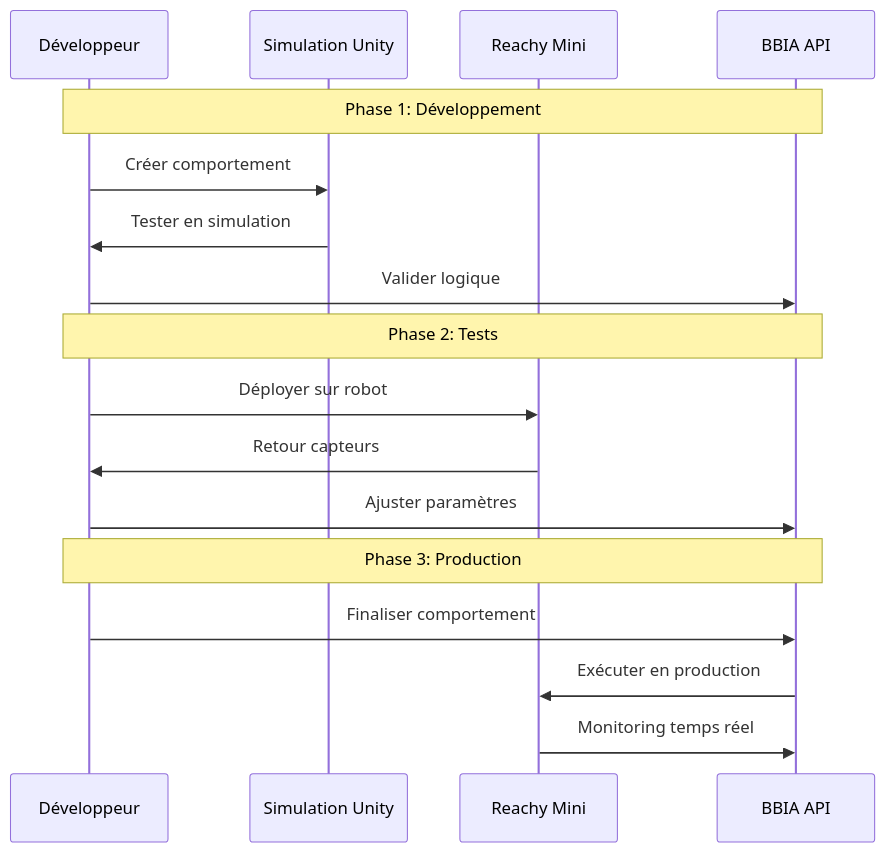
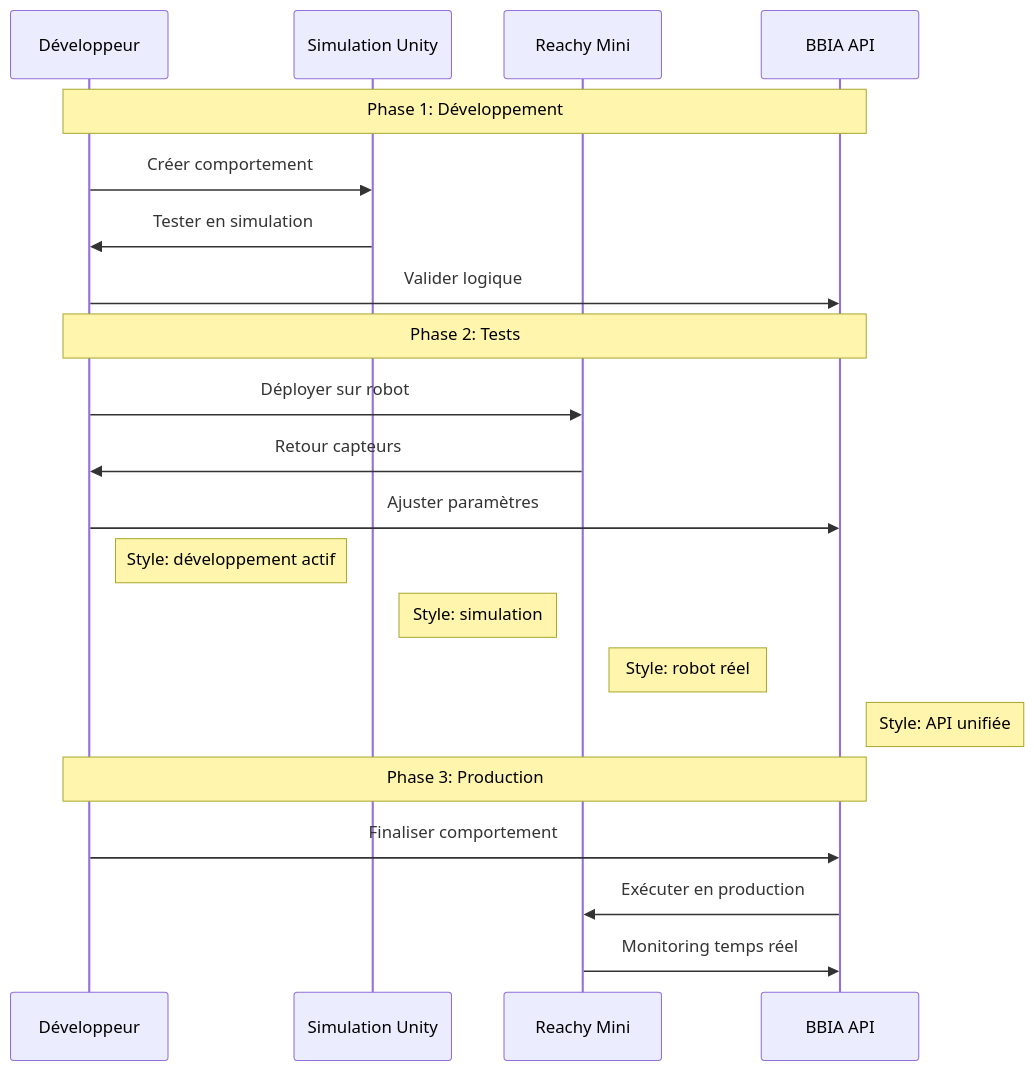
The fifth of 5 diagrams in docs/guides/REACHY_MINI_WIRELESS_COMPLETE_GUIDE.md (arkalia-luna-system/bbia-sim), drawn with Mermaid before and after one commit. The commit also changed other lines of this file and 27 other files, not shown here.

First line of the commit message:
fix: correction liens brisés + amélioration schémas Mermaid

````diff
--- a/docs/guides/REACHY_MINI_WIRELESS_COMPLETE_GUIDE.md
+++ b/docs/guides/REACHY_MINI_WIRELESS_COMPLETE_GUIDE.md
@@ -361,22 +372,27 @@
 ```mermaid
 sequenceDiagram
     participant DEV as Développeur
     participant SIM as Simulation Unity
     participant ROBOT as Reachy Mini
     participant API as BBIA API
 
     Note over DEV,API: Phase 1: Développement
     DEV->>SIM: Créer comportement
     SIM->>DEV: Tester en simulation
     DEV->>API: Valider logique
 
     Note over DEV,API: Phase 2: Tests
     DEV->>ROBOT: Déployer sur robot
     ROBOT->>DEV: Retour capteurs
     DEV->>API: Ajuster paramètres
+    
+    Note right of DEV: Style: développement actif
+    Note right of SIM: Style: simulation
+    Note right of ROBOT: Style: robot réel
+    Note right of API: Style: API unifiée
 
     Note over DEV,API: Phase 3: Production
     DEV->>API: Finaliser comportement
     API->>ROBOT: Exécuter en production
     ROBOT->>API: Monitoring temps réel
 ```
````
